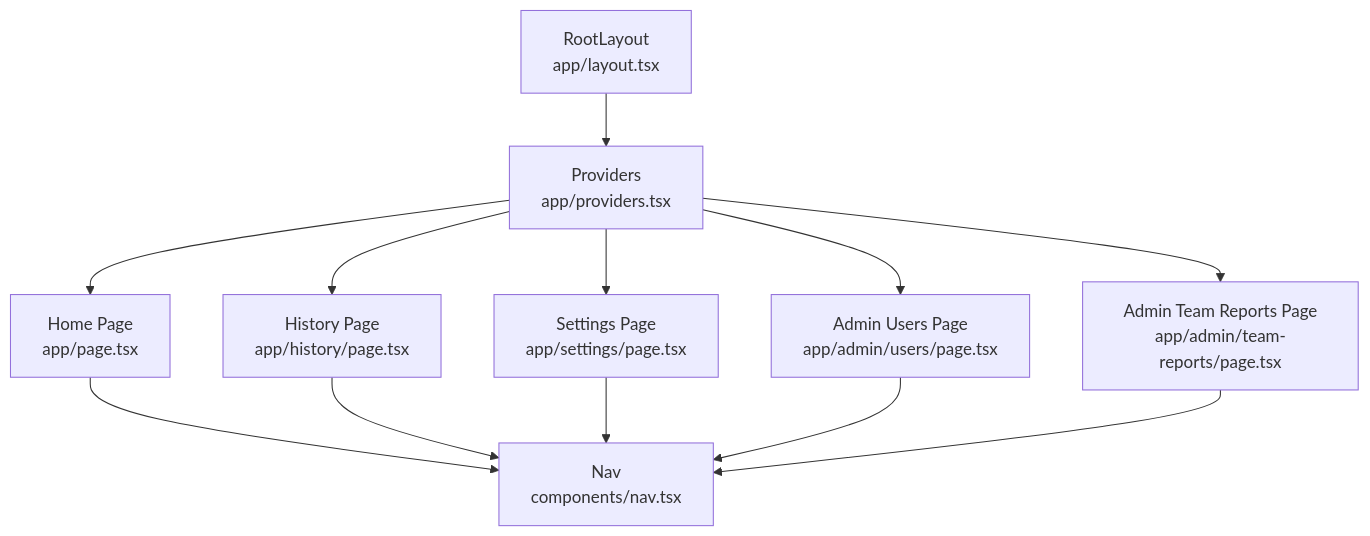
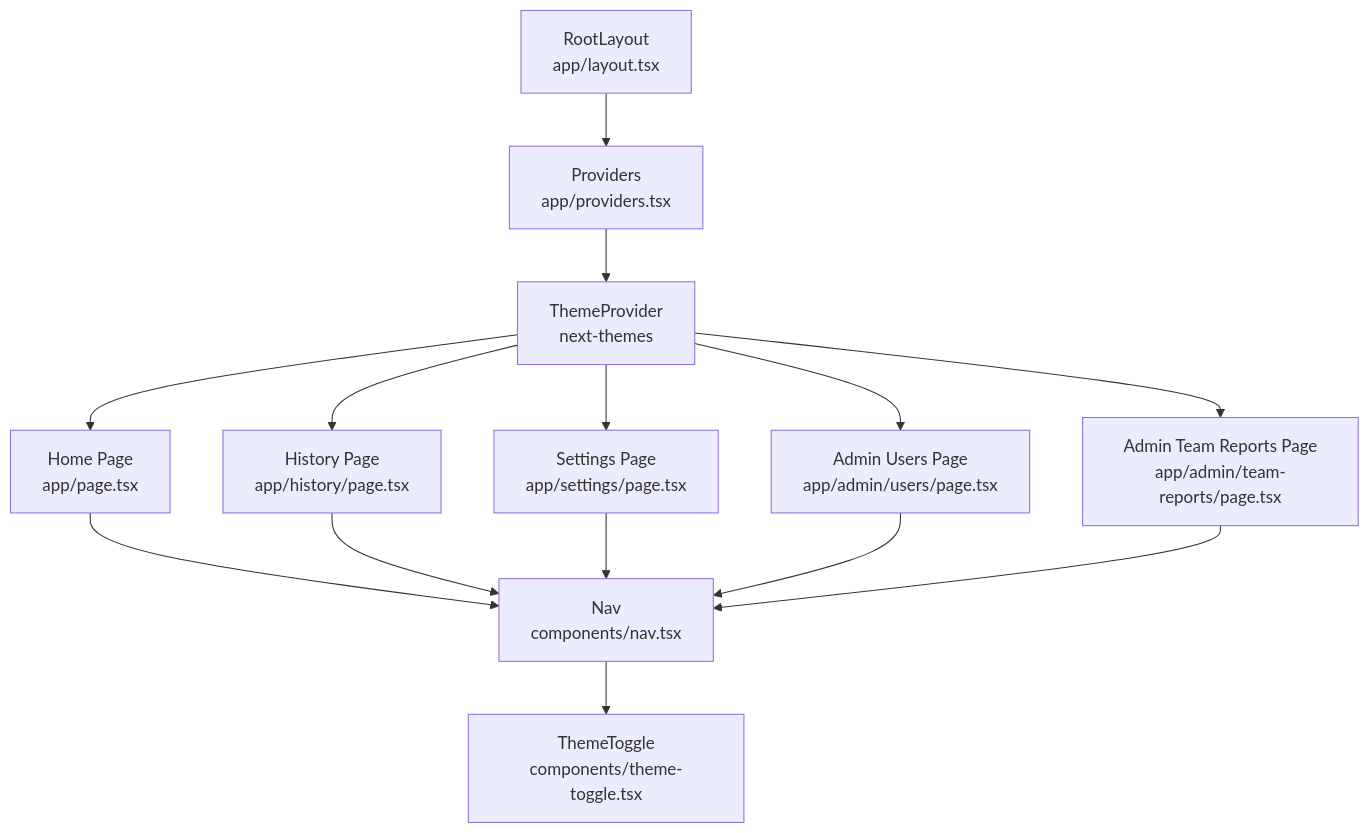
One commit to jrj444/git-daily changed the fourth of 9 diagrams in .qoder/repowiki/en/content/Frontend Components/Navigation and UI Elements.md. Above: the diagram before and after it, drawn with Mermaid. The commit also changed other lines of this file and 4 other files, not shown here.

````diff
--- a/.qoder/repowiki/en/content/Frontend Components/Navigation and UI Elements.md
+++ b/.qoder/repowiki/en/content/Frontend Components/Navigation and UI Elements.md
@@ -221,14 +275,16 @@
 ```mermaid
 graph TB
 RL["RootLayout<br/>app/layout.tsx"] --> PR["Providers<br/>app/providers.tsx"]
-PR --> HP["Home Page<br/>app/page.tsx"]
-PR --> HPG["History Page<br/>app/history/page.tsx"]
-PR --> PSP["Settings Page<br/>app/settings/page.tsx"]
-PR --> AUP["Admin Users Page<br/>app/admin/users/page.tsx"]
-PR --> ATP["Admin Team Reports Page<br/>app/admin/team-reports/page.tsx"]
+PR --> TP["ThemeProvider<br/>next-themes"]
+TP --> HP["Home Page<br/>app/page.tsx"]
+TP --> HPG["History Page<br/>app/history/page.tsx"]
+TP --> PSP["Settings Page<br/>app/settings/page.tsx"]
+TP --> AUP["Admin Users Page<br/>app/admin/users/page.tsx"]
+TP --> ATP["Admin Team Reports Page<br/>app/admin/team-reports/page.tsx"]
 HP --> NAV["Nav<br/>components/nav.tsx"]
 HPG --> NAV
 PSP --> NAV
 AUP --> NAV
 ATP --> NAV
+NAV --> TT["ThemeToggle<br/>components/theme-toggle.tsx"]
 ```
````
